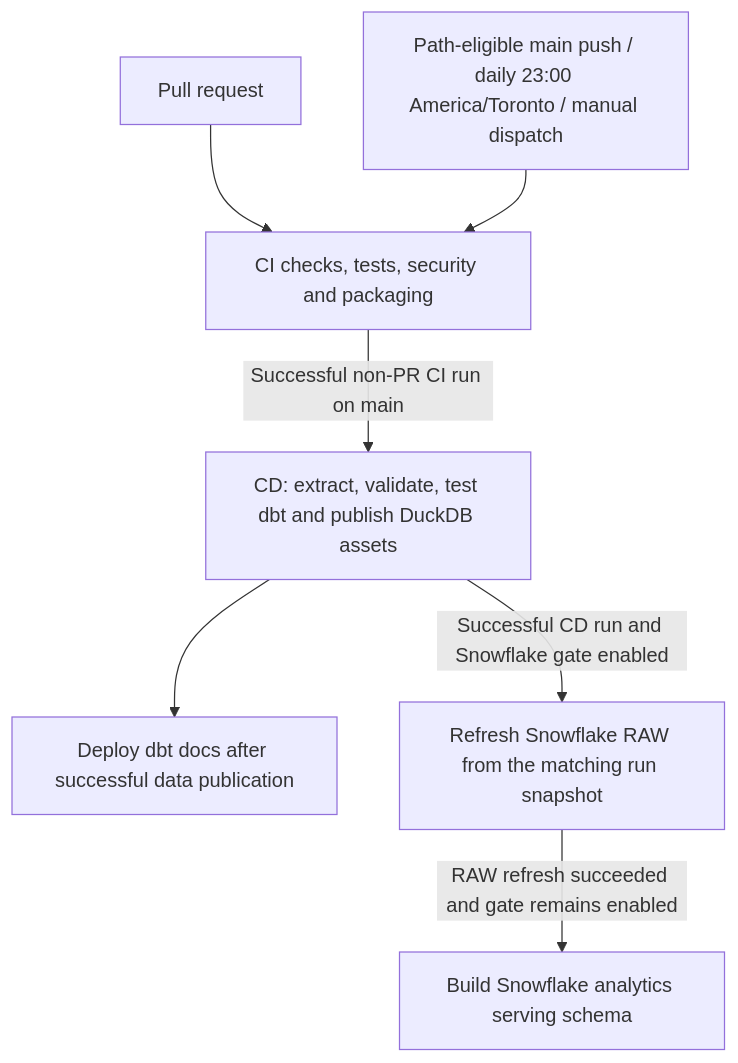
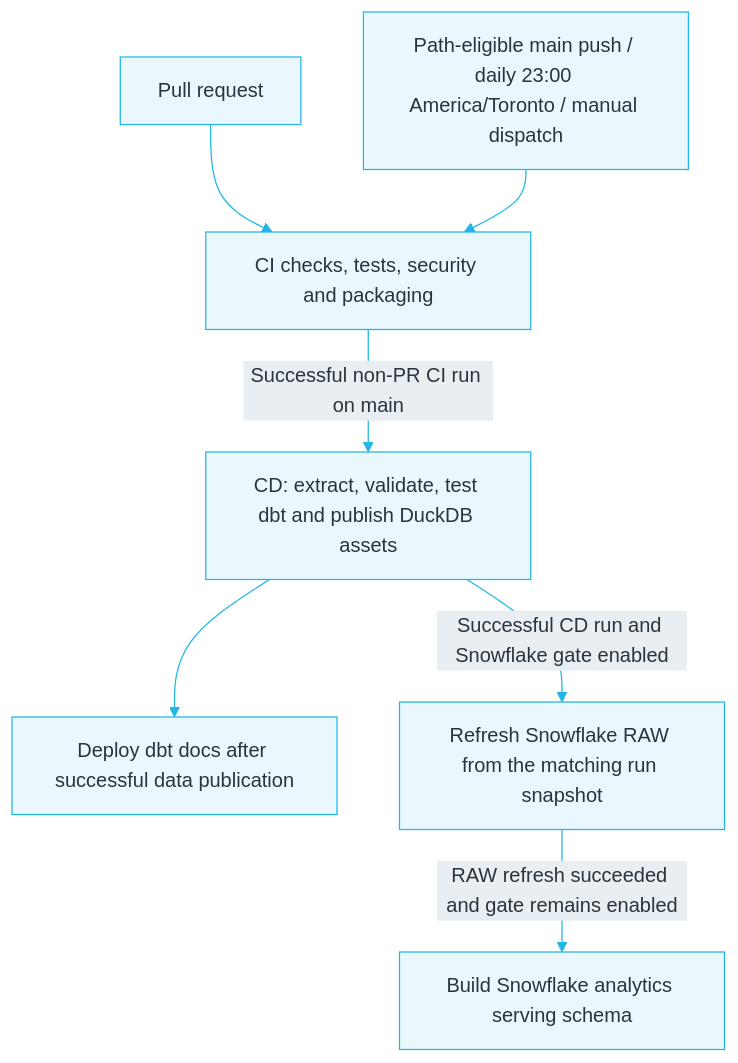
One commit to gagadanalyst/toronto-housing-bottleneck-analytics changed the second of 2 diagrams in README.md. Above: the diagram before and after it, drawn with Mermaid. The commit also changed other lines of this file, not shown here.

Commit message:
docs: clarify Snowflake and DuckDB architecture

````diff
--- a/README.md
+++ b/README.md
@@ -120,9 +121,10 @@
 ```mermaid
+%%{init: {"theme":"base","themeVariables":{"primaryColor":"#EAF8FD","primaryTextColor":"#28343E","primaryBorderColor":"#21B6E8","lineColor":"#21B6E8","secondaryColor":"#E9EEF3","tertiaryColor":"#FFFFFF","fontFamily":"Arial, sans-serif"}}}%%
 flowchart TB
     PR[Pull request] --> CI[CI checks, tests, security and packaging]
     TRIG[Path-eligible main push / daily 23:00 America/Toronto / manual dispatch] --> CI
     CI -->|Successful non-PR CI run on main| CD[CD: extract, validate, test dbt and publish DuckDB assets]
     CD --> DOCS[Deploy dbt docs after successful data publication]
     CD -->|Successful CD run and Snowflake gate enabled| RAW[Refresh Snowflake RAW from the matching run snapshot]
     RAW -->|RAW refresh succeeded and gate remains enabled| SERVE[Build Snowflake analytics serving schema]
 ```
````
